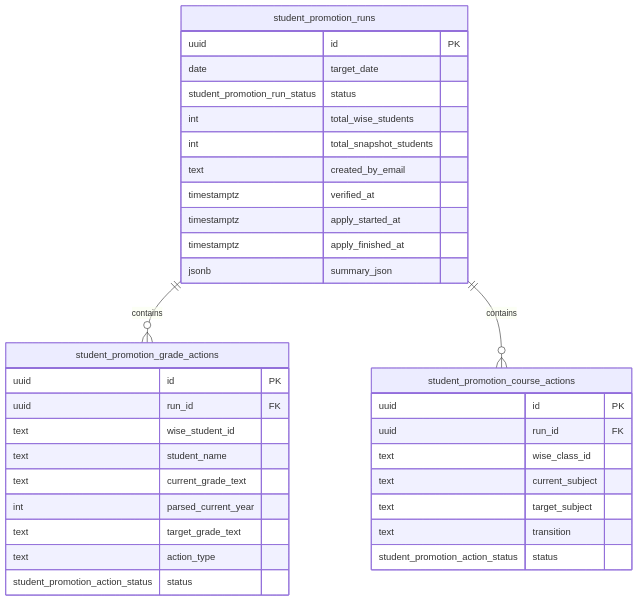
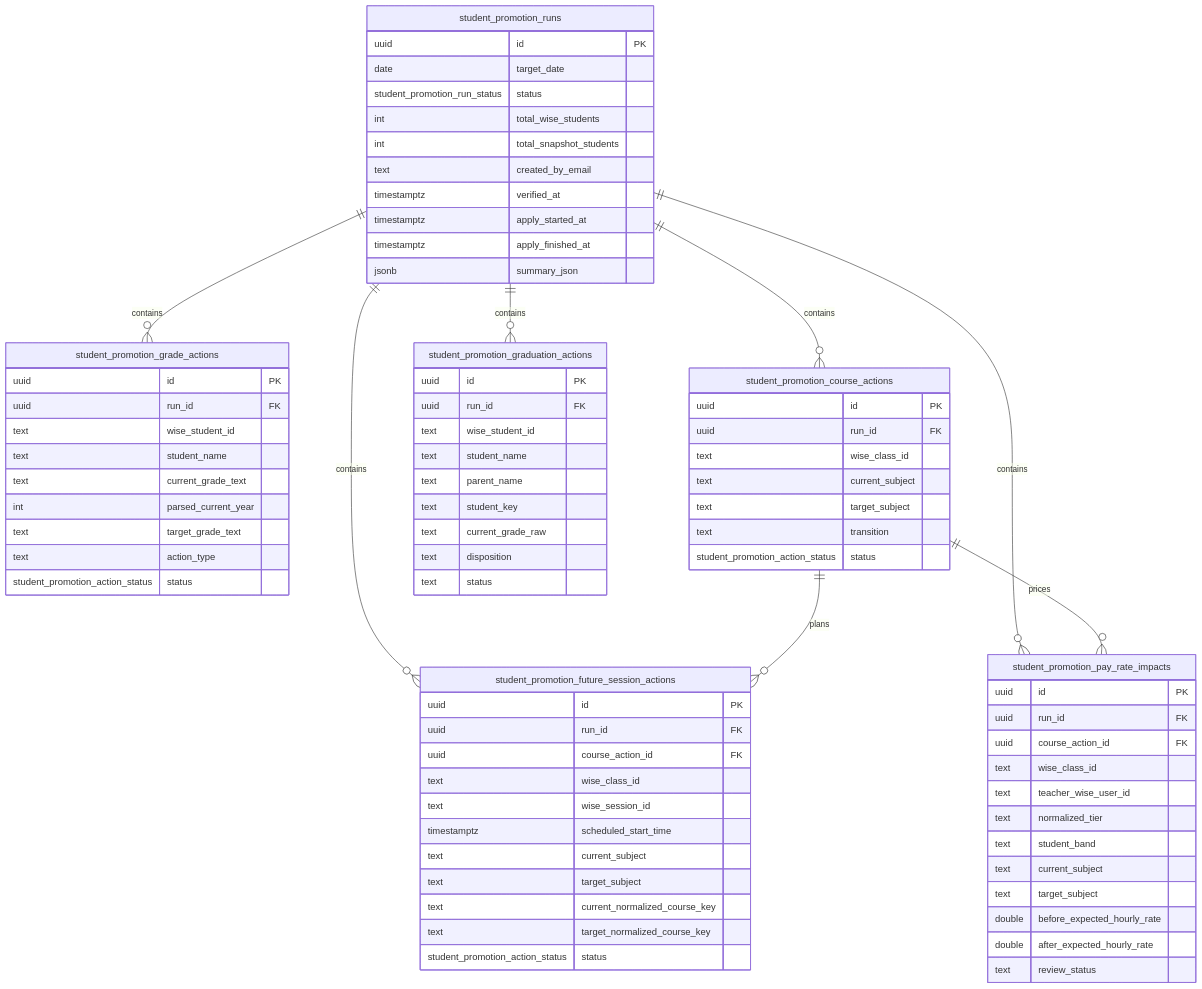
The diagram in docs/reference/database/erd-student-promotions.md (kasheesh711/bgscheduler), drawn with Mermaid before and after one commit. The commit also changed other lines of this file and 25 other files, not shown here.

Commit message:
feat(student-promotions): add graduation and pay-rate review guardrails

````diff
--- a/docs/reference/database/erd-student-promotions.md
+++ b/docs/reference/database/erd-student-promotions.md
@@ -8,6 +8,11 @@
 erDiagram
   student_promotion_runs ||--o{ student_promotion_grade_actions : contains
   student_promotion_runs ||--o{ student_promotion_course_actions : contains
+  student_promotion_runs ||--o{ student_promotion_future_session_actions : contains
+  student_promotion_runs ||--o{ student_promotion_graduation_actions : contains
+  student_promotion_runs ||--o{ student_promotion_pay_rate_impacts : contains
+  student_promotion_course_actions ||--o{ student_promotion_future_session_actions : plans
+  student_promotion_course_actions ||--o{ student_promotion_pay_rate_impacts : prices
 
   student_promotion_runs {
     uuid id PK
@@ -43,4 +48,45 @@
     text transition
     student_promotion_action_status status
   }
+
+  student_promotion_future_session_actions {
+    uuid id PK
+    uuid run_id FK
+    uuid course_action_id FK
+    text wise_class_id
+    text wise_session_id
+    timestamptz scheduled_start_time
+    text current_subject
+    text target_subject
+    text current_normalized_course_key
+    text target_normalized_course_key
+    student_promotion_action_status status
+  }
+
+  student_promotion_graduation_actions {
+    uuid id PK
+    uuid run_id FK
+    text wise_student_id
+    text student_name
+    text parent_name
+    text student_key
+    text current_grade_raw
+    text disposition
+    text status
+  }
+
+  student_promotion_pay_rate_impacts {
+    uuid id PK
+    uuid run_id FK
+    uuid course_action_id FK
+    text wise_class_id
+    text teacher_wise_user_id
+    text normalized_tier
+    text student_band
+    text current_subject
+    text target_subject
+    double before_expected_hourly_rate
+    double after_expected_hourly_rate
+    text review_status
+  }
 ```
````
